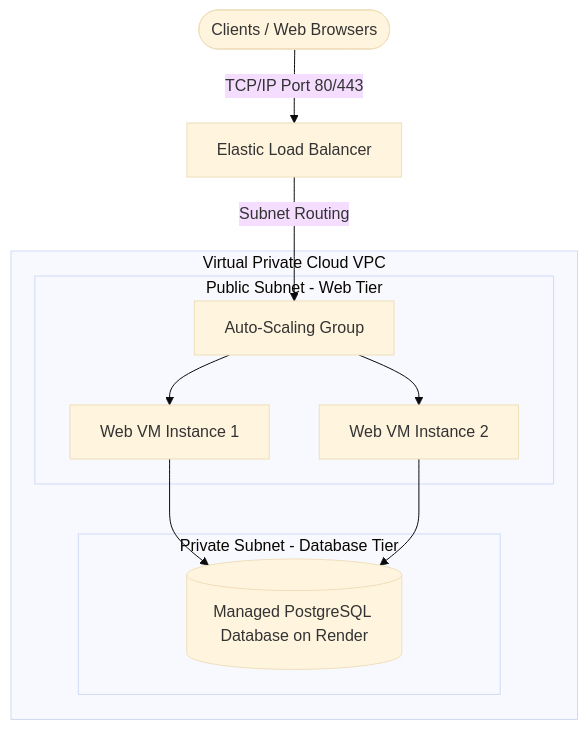
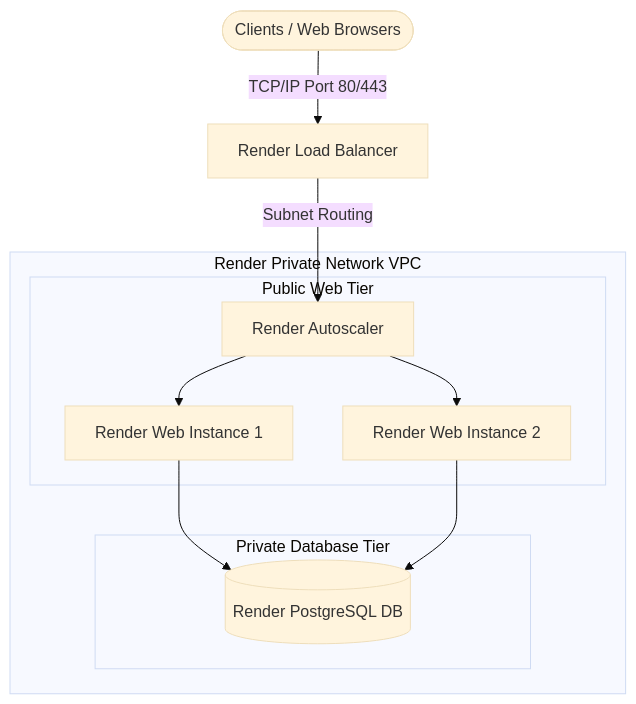
One commit to vshalini700223-ctrl/Cloud-Cost-Prediction changed the diagram in cloud_architecture_report.md. Above: the diagram before and after it, drawn with Mermaid (base theme). The commit also changed other lines of this file, not shown here.

Commit message:
docs: align architecture report to Render free tier limits

````diff
--- a/cloud_architecture_report.md
+++ b/cloud_architecture_report.md
@@ -43,15 +44,15 @@
 ```mermaid
 graph TD
-    User([Clients / Web Browsers]) -->|TCP/IP Port 80/443| LB[Elastic Load Balancer]
-    LB -->|Subnet Routing| ASG[Auto-Scaling Group]
-    subgraph VPC [Virtual Private Cloud VPC]
-        subgraph PublicSubnet [Public Subnet - Web Tier]
-            ASG --> VM1[Web VM Instance 1]
-            ASG --> VM2[Web VM Instance 2]
+    User([Clients / Web Browsers]) -->|TCP/IP Port 80/443| LB[Render Load Balancer]
+    LB -->|Subnet Routing| ASG[Render Autoscaler]
+    subgraph RenderVPC [Render Private Network VPC]
+        subgraph PublicSubnet [Public Web Tier]
+            ASG --> VM1[Render Web Instance 1]
+            ASG --> VM2[Render Web Instance 2]
         end
-        subgraph PrivateSubnet [Private Subnet - Database Tier]
-            VM1 --> DB[(Managed PostgreSQL Database on Render)]
+        subgraph PrivateSubnet [Private Database Tier]
+            VM1 --> DB[(Render PostgreSQL DB)]
             VM2 --> DB
         end
     end
 ```
````
